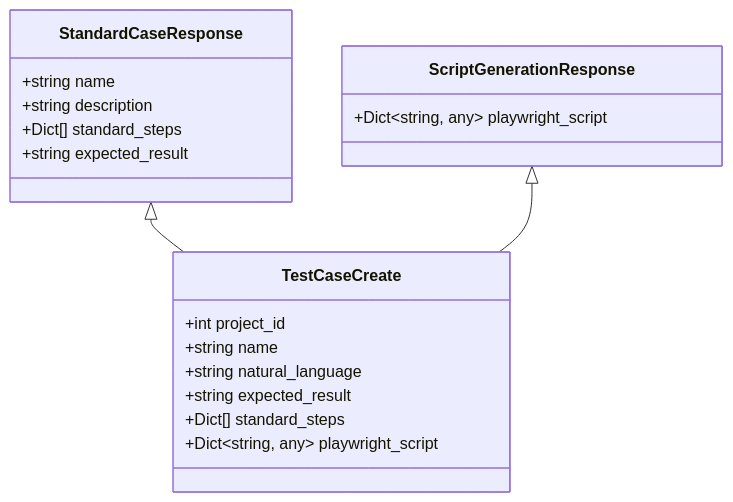
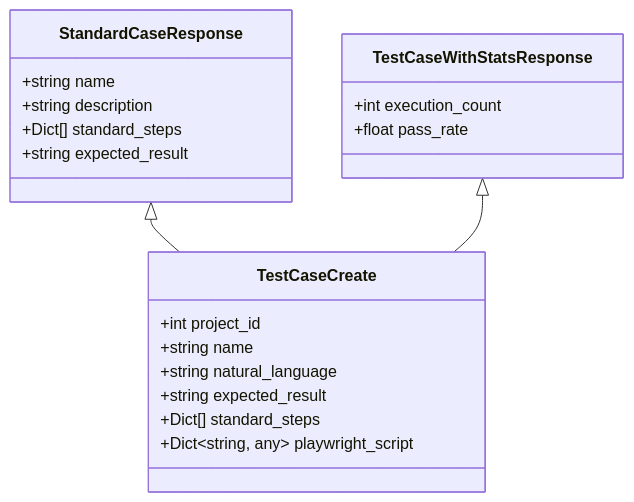
One commit to aidanguan/testserver changed the second of 5 diagrams in .qoder/repowiki/zh/content/API参考/测试用例API.md. Above: the diagram before and after it, drawn with Mermaid. The commit also changed other lines of this file and 91 other files, not shown here.

````diff
--- a/.qoder/repowiki/zh/content/API参考/测试用例API.md
+++ b/.qoder/repowiki/zh/content/API参考/测试用例API.md
@@ -82,22 +86,23 @@
 ```mermaid
 classDiagram
 class StandardCaseResponse {
 +string name
 +string description
 +Dict[] standard_steps
 +string expected_result
 }
-class ScriptGenerationResponse {
-+Dict~string, any~ playwright_script
+class TestCaseWithStatsResponse {
++int execution_count
++float pass_rate
 }
 class TestCaseCreate {
 +int project_id
 +string name
 +string natural_language
 +string expected_result
 +Dict[] standard_steps
 +Dict~string, any~ playwright_script
 }
 StandardCaseResponse <|-- TestCaseCreate
-ScriptGenerationResponse <|-- TestCaseCreate
+TestCaseWithStatsResponse <|-- TestCaseCreate
 ```
````
